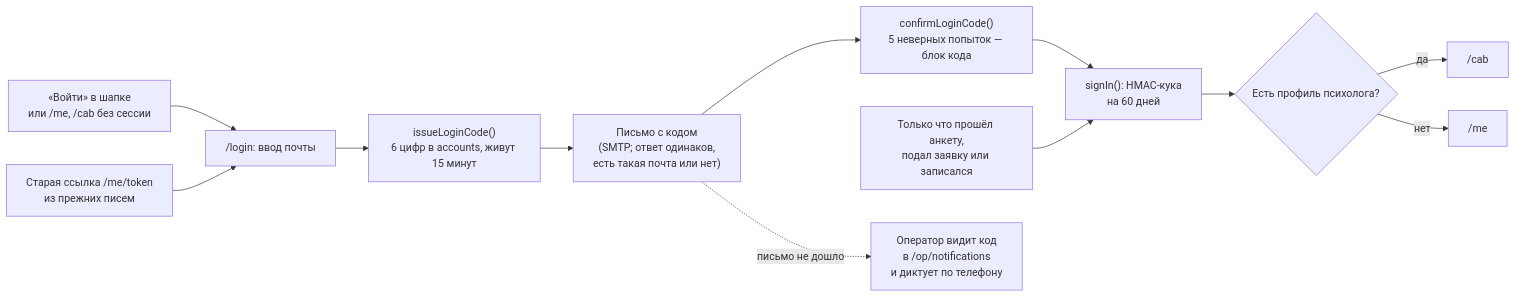
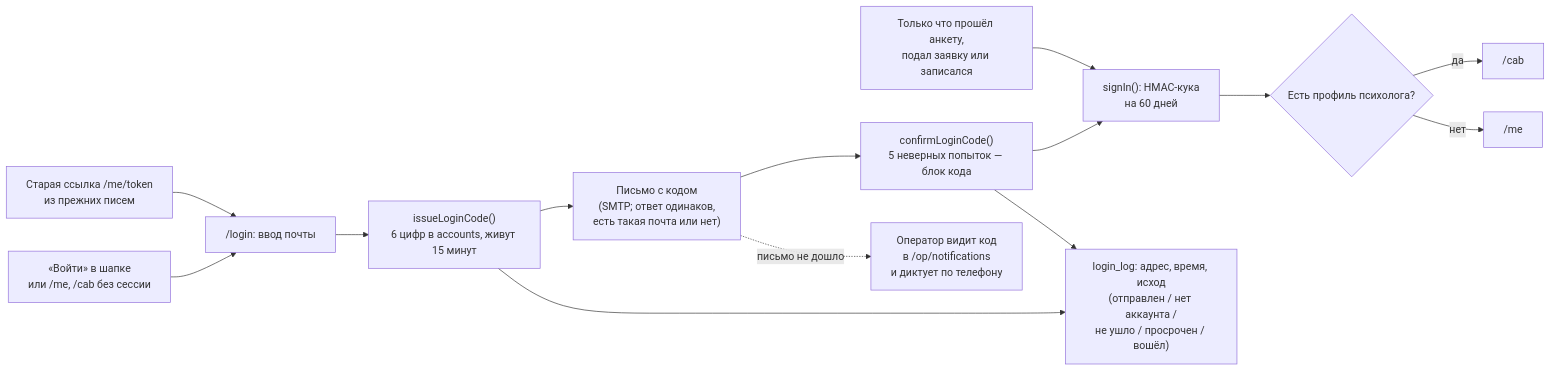
Before and after one commit to goosen-x/mipsy: the fifth of 5 diagrams in docs/spec/flow.md, drawn with Mermaid. The commit also changed other lines of this file and 10 other files, not shown here.

````diff
--- a/docs/spec/flow.md
+++ b/docs/spec/flow.md
@@ -97,14 +97,16 @@
 ```mermaid
 flowchart LR
   ENTER["«Войти» в шапке<br/>или /me, /cab без сессии"] --> LOGIN["/login: ввод почты"]
   LOGIN --> ISSUE["issueLoginCode()<br/>6 цифр в accounts, живут 15 минут"]
   ISSUE --> MAIL["Письмо с кодом<br/>(SMTP; ответ одинаков,<br/>есть такая почта или нет)"]
   MAIL --> CHECK["confirmLoginCode()<br/>5 неверных попыток — блок кода"]
   CHECK --> SESS["signIn(): HMAC-кука<br/>на 60 дней"]
   SESS --> WHERE{"Есть профиль психолога?"}
   WHERE -->|да| CAB["/cab"]
   WHERE -->|нет| ME["/me"]
   FIRST["Только что прошёл анкету,<br/>подал заявку или записался"] --> SESS
   OLD["Старая ссылка /me/token<br/>из прежних писем"] --> LOGIN
   MAIL -.->|"письмо не дошло"| OPR["Оператор видит код<br/>в /op/notifications<br/>и диктует по телефону"]
+  ISSUE --> LOG["login_log: адрес, время, исход<br/>(отправлен / нет аккаунта /<br/>не ушло / просрочен / вошёл)"]
+  CHECK --> LOG
 ```
````
